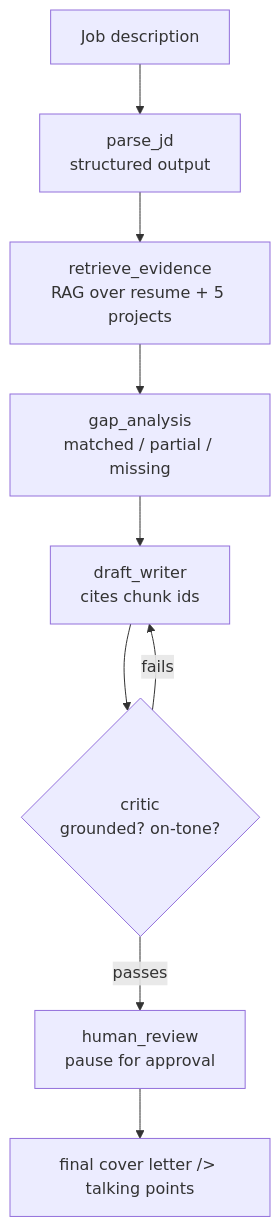
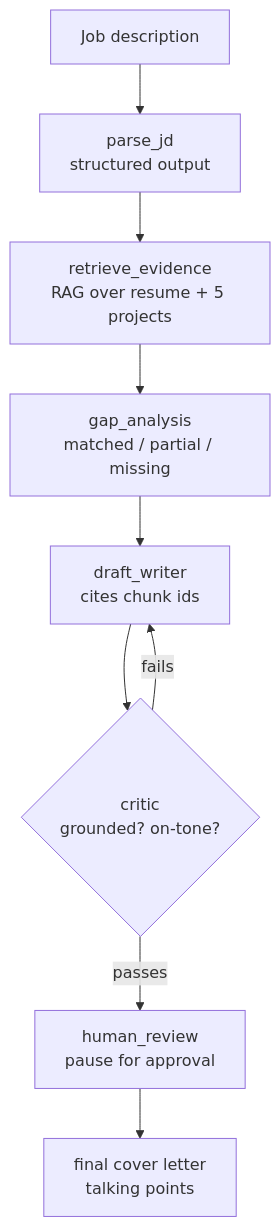
Before and after one commit to momo840505/career-copilot-agent: the second of 2 diagrams in README.md, drawn with Mermaid.

Commit message:
Fix stray HTML entity showing up in the letter text

````diff
--- a/README.md
+++ b/README.md
@@ -152,11 +152,11 @@
 ```mermaid
 flowchart TB
     A["Job description"] --> B["parse_jd<br/>structured output"]
     B --> C["retrieve_evidence<br/>RAG over resume + 5 projects"]
     C --> D["gap_analysis<br/>matched / partial / missing"]
     D --> E["draft_writer<br/>cites chunk ids"]
     E --> F{"critic<br/>grounded? on-tone?"}
     F -- fails --> E
     F -- passes --> G["human_review<br/>pause for approval"]
-    G --> H["final cover letter /> talking points"]
+    G --> H["final cover letter <br/> talking points"]
 ```
````
